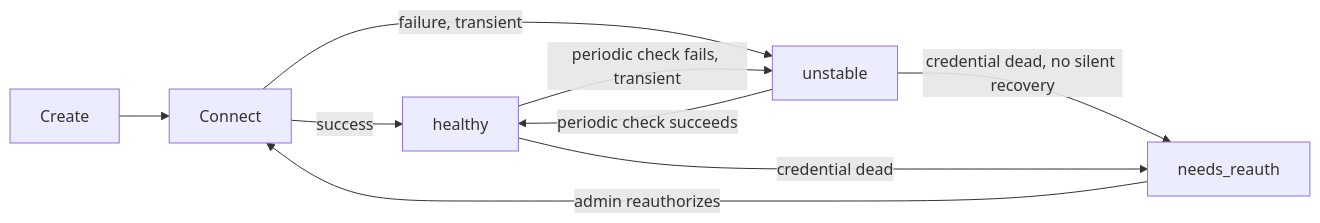
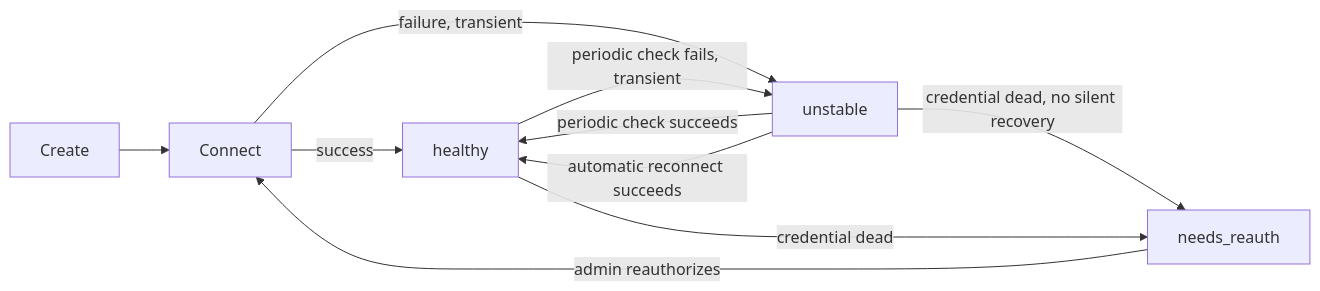
The first of 3 diagrams in docs/mcp/connections.mdx (maximhq/bifrost), drawn with Mermaid before and after one commit. The commit also changed other lines of this file and 1 other file, not shown here.

````diff
--- a/docs/mcp/connections.mdx
+++ b/docs/mcp/connections.mdx
@@ -88,11 +88,12 @@
 ```mermaid
 flowchart LR
     A[Create] --> B[Connect]
     B -->|success| C[healthy]
     B -->|failure, transient| D[unstable]
     C -->|periodic check fails, transient| D
     D -->|periodic check succeeds| C
+    D -->|automatic reconnect succeeds| C
     D -->|credential dead, no silent recovery| E[needs_reauth]
     C -->|credential dead| E
     E -->|admin reauthorizes| B
 ```
````
